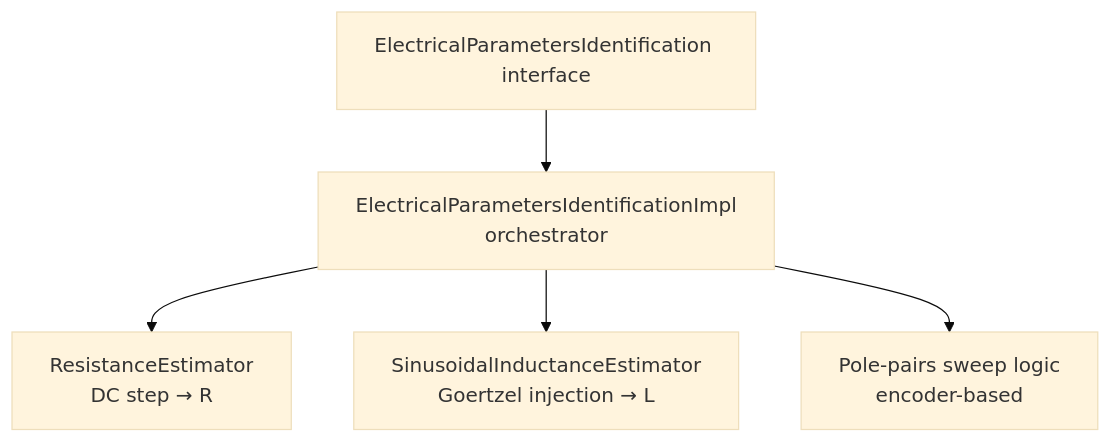
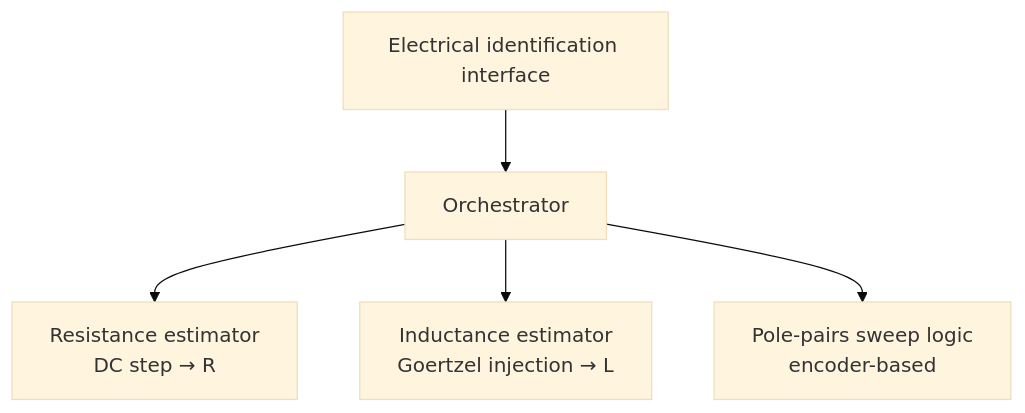
Before and after one commit to embedded-pro/e-foc: the first of 5 diagrams in documentation/design/service-electrical-ident.md, drawn with Mermaid (base theme). The commit also changed other lines of this file and 37 other files, not shown here.

````diff
--- a/documentation/design/service-electrical-ident.md
+++ b/documentation/design/service-electrical-ident.md
@@ -47,7 +47,7 @@
 ```mermaid
 graph TD
-    A[ElectricalParametersIdentification interface] --> B[ElectricalParametersIdentificationImpl\norchestrator]
-    B --> C[ResistanceEstimator\nDC step → R]
-    B --> D[SinusoidalInductanceEstimator\nGoertzel injection → L]
-    B --> E[Pole-pairs sweep logic\nencoder-based]
+    A["Electrical identification interface"] --> B["Orchestrator"]
+    B --> C["Resistance estimator\nDC step → R"]
+    B --> D["Inductance estimator\nGoertzel injection → L"]
+    B --> E["Pole-pairs sweep logic\nencoder-based"]
 ```
````
